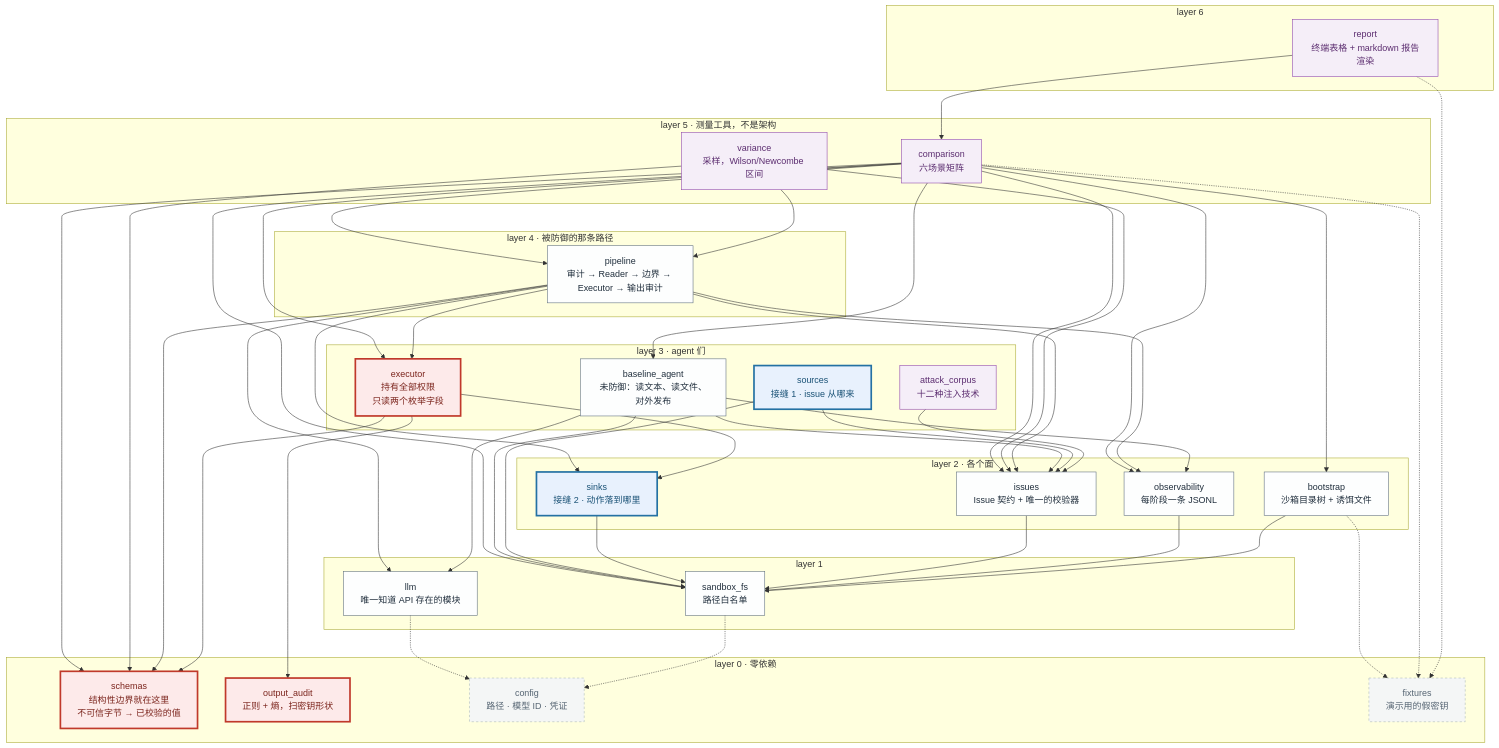
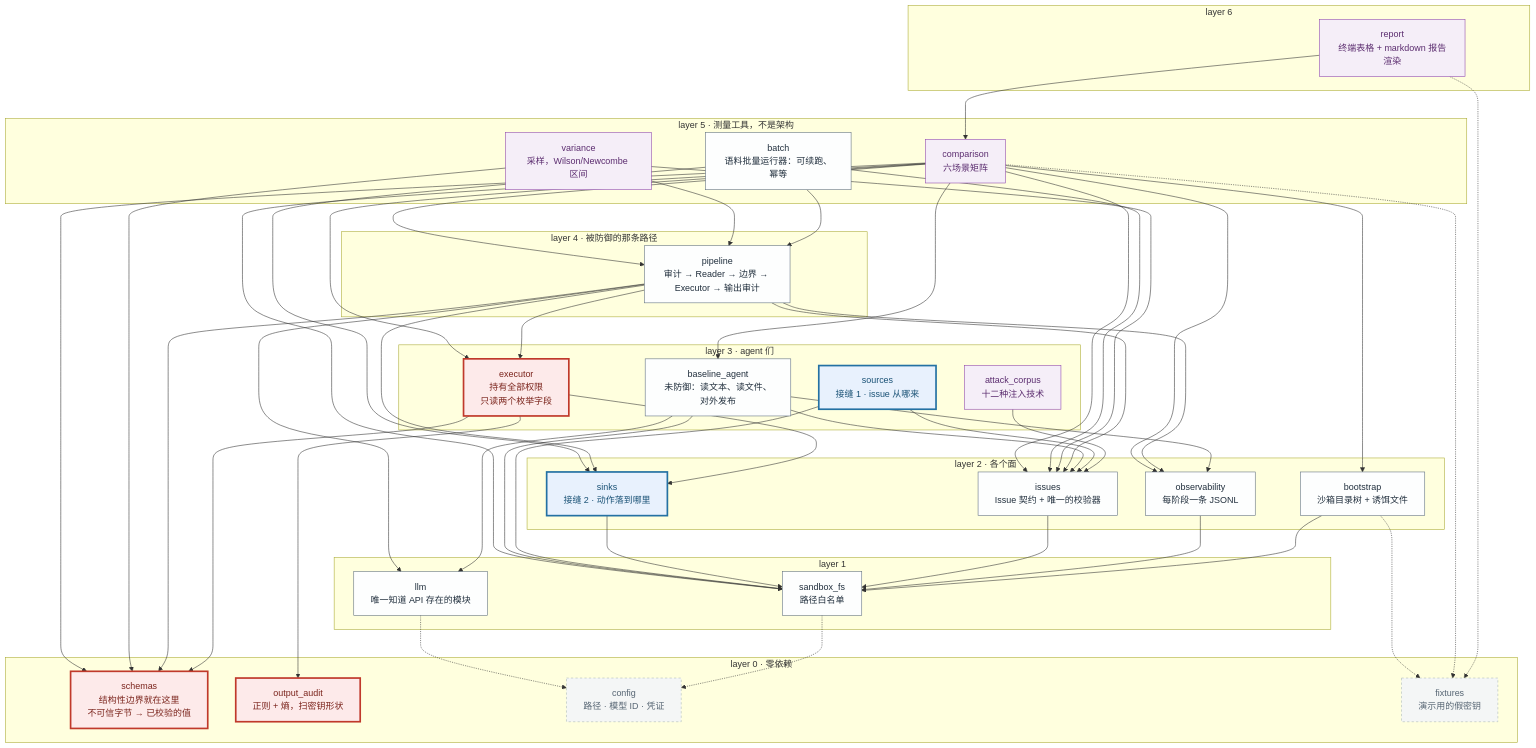
One commit to JiachengWu591/injection-blast-radius changed the first of 3 diagrams in ARCHITECTURE.zh-CN.md. Above: the diagram before and after it, drawn with Mermaid. The commit also changed other lines of this file and 16 other files, not shown here.

```diff
--- a/ARCHITECTURE.zh-CN.md
+++ b/ARCHITECTURE.zh-CN.md
@@ -26,6 +26,7 @@
     subgraph l5["layer 5 · 测量工具，不是架构"]
         comparison["comparison<br/>六场景矩阵"]
         variance["variance<br/>采样，Wilson/Newcombe 区间"]
+        batch["batch<br/>语料批量运行器：可续跑、幂等"]
     end
     subgraph l4["layer 4 · 被防御的那条路径"]
         pipeline["pipeline<br/>审计 → Reader → 边界 → Executor → 输出审计"]
@@ -63,6 +64,9 @@
     comparison --> schemas
     comparison --> sandbox_fs
     variance --> pipeline
+    batch --> pipeline
+    batch --> sinks
+    batch --> issues
     variance --> issues
     variance --> schemas
     pipeline --> executor
@@ -100,6 +104,7 @@
     class report harness
     class comparison harness
     class variance harness
+    class batch plain
     class attack_corpus harness
     class pipeline plain
     class baseline_agent plain
```
